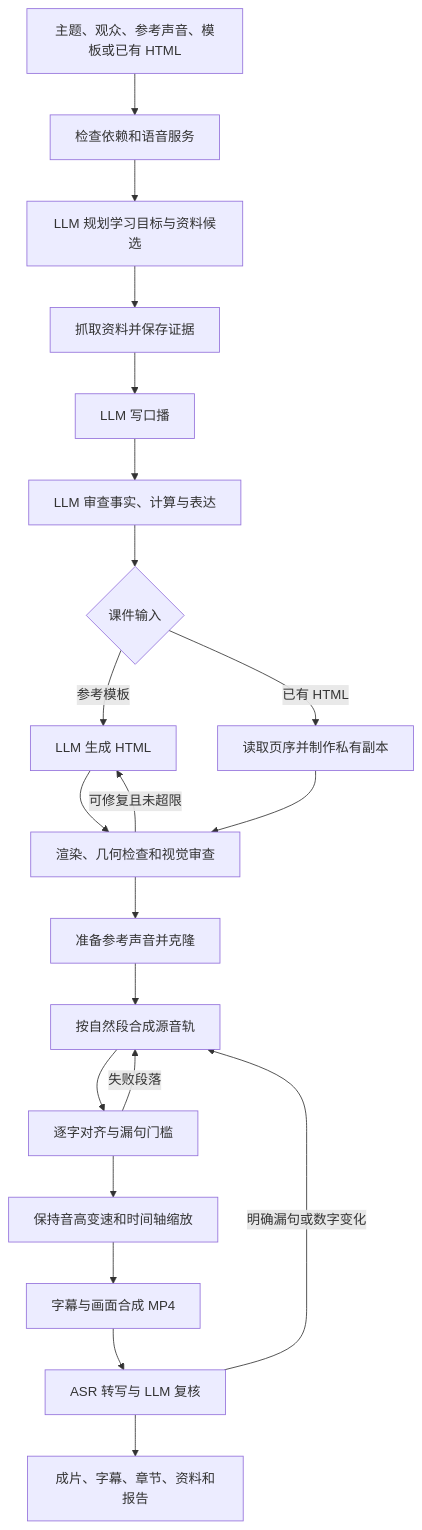
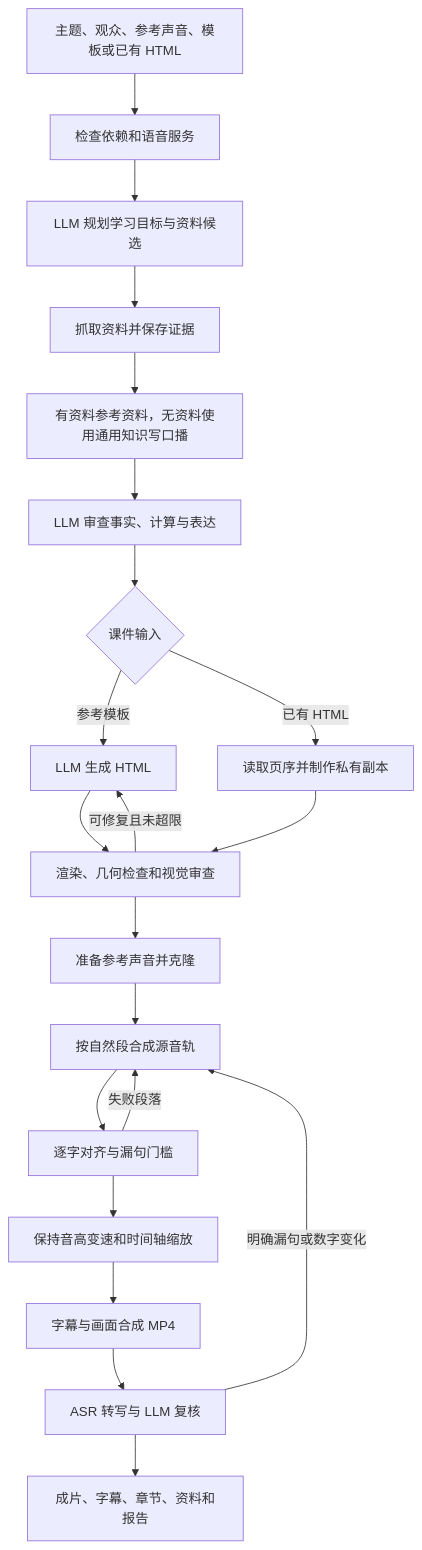
The diagram in docs/WORKFLOW.md (g29573537-ai/knowledge-video-studio), drawn with Mermaid before and after one commit. The commit also changed other lines of this file and 6 other files, not shown here.

````diff
--- a/docs/WORKFLOW.md
+++ b/docs/WORKFLOW.md
@@ -22,23 +22,23 @@
 ```mermaid
 flowchart TD
  A[主题、观众、参考声音、模板或已有 HTML] --> B[检查依赖和语音服务]
  B --> C[LLM 规划学习目标与资料候选]
  C --> D[抓取资料并保存证据]
- D --> E[LLM 写口播]
+ D --> E[有资料参考资料，无资料使用通用知识写口播]
  E --> F[LLM 审查事实、计算与表达]
  F --> G{课件输入}
  G -->|参考模板| H[LLM 生成 HTML]
  G -->|已有 HTML| I[读取页序并制作私有副本]
  H --> J[渲染、几何检查和视觉审查]
  I --> J
  J -->|可修复且未超限| H
  J --> K[准备参考声音并克隆]
  K --> L[按自然段合成源音轨]
  L --> M[逐字对齐与漏句门槛]
  M -->|失败段落| L
  M --> N[保持音高变速和时间轴缩放]
  N --> O[字幕与画面合成 MP4]
  O --> P[ASR 转写与 LLM 复核]
  P -->|明确漏句或数字变化| L
  P --> Q[成片、字幕、章节、资料和报告]
 ```
````
